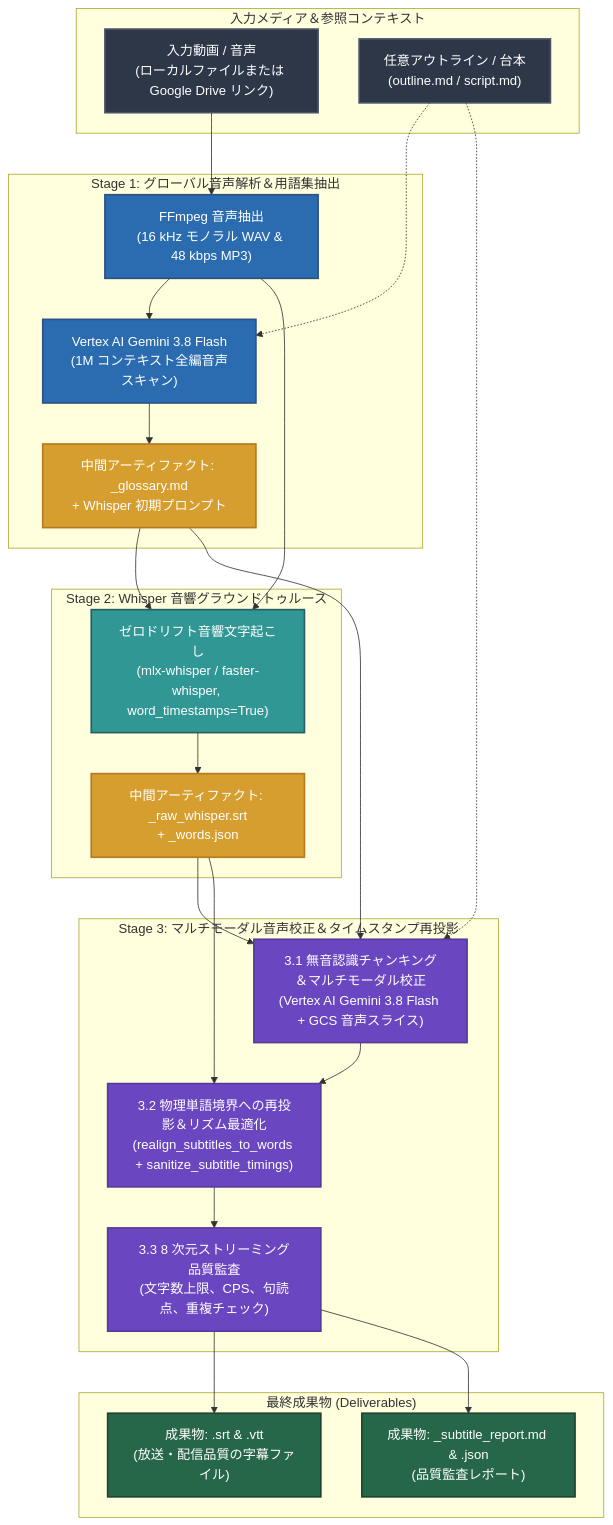
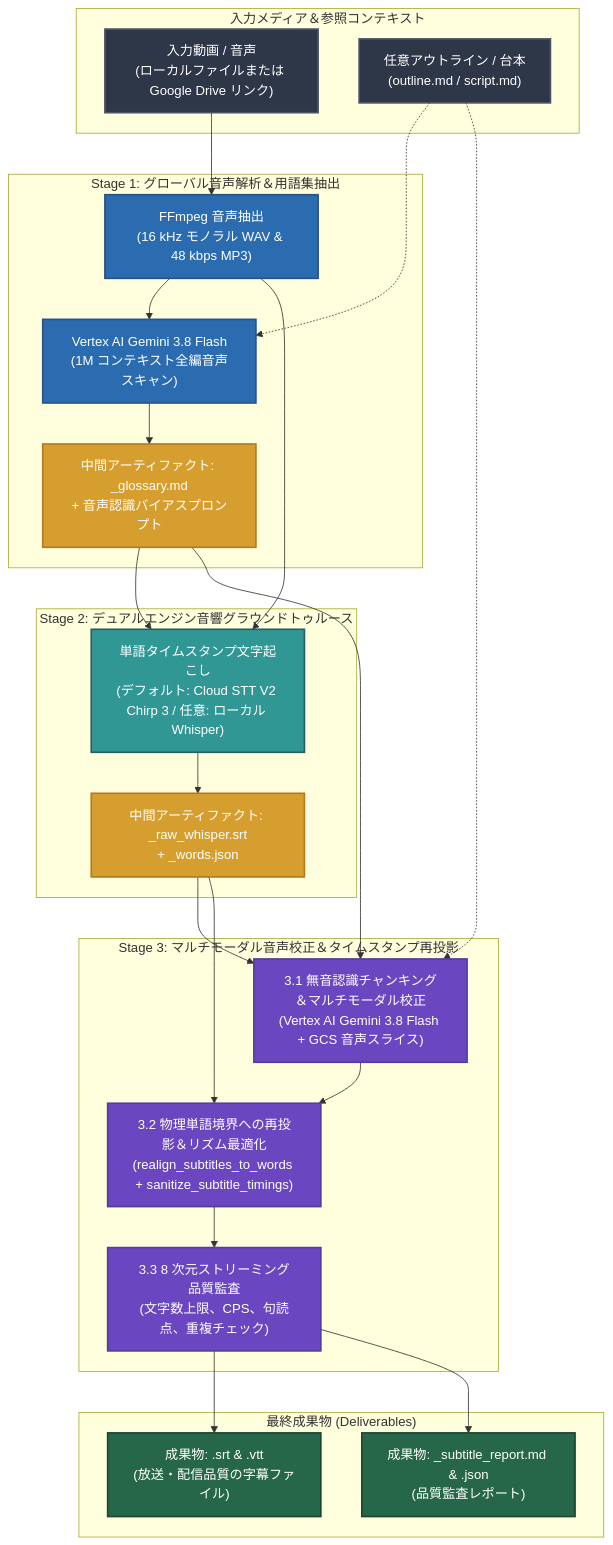
One commit to sylphlin/subtitle-craft changed the diagram in README.ja.md. Above: the diagram before and after it, drawn with Mermaid. The commit also changed other lines of this file and 17 other files, not shown here.

First line of the commit message:
feat(asr): adopt Cloud STT V2 Chirp 3 as default Stage 2 engine with optional Whisper

````diff
--- a/README.ja.md
+++ b/README.ja.md
@@ -46,52 +49,52 @@
 ```mermaid
 flowchart TD
     classDef inputStyle fill:#2D3748,stroke:#4A5568,stroke-width:2px,color:#fff;
     classDef stage1Style fill:#2B6CB0,stroke:#2C5282,stroke-width:2px,color:#fff;
     classDef stage2Style fill:#319795,stroke:#285E61,stroke-width:2px,color:#fff;
     classDef stage3Style fill:#6B46C1,stroke:#553C9A,stroke-width:2px,color:#fff;
     classDef artifactStyle fill:#D69E2E,stroke:#B7791F,stroke-width:2px,color:#fff;
     classDef outputStyle fill:#276749,stroke:#1C4532,stroke-width:2px,color:#fff;
 
     subgraph Inputs["入力メディア＆参照コンテキスト"]
         IN["入力動画 / 音声<br/>(ローカルファイルまたは Google Drive リンク)"]:::inputStyle
         REF["任意アウトライン / 台本<br/>(outline.md / script.md)"]:::inputStyle
     end
 
     subgraph Stage1["Stage 1: グローバル音声解析＆用語集抽出"]
         S0["FFmpeg 音声抽出<br/>(16 kHz モノラル WAV & 48 kbps MP3)"]:::stage1Style
         S1["Vertex AI Gemini 3.8 Flash<br/>(1M コンテキスト全編音声スキャン)"]:::stage1Style
-        GL["中間アーティファクト: <basename>_glossary.md<br/>+ Whisper 初期プロンプト"]:::artifactStyle
+        GL["中間アーティファクト: <basename>_glossary.md<br/>+ 音声認識バイアスプロンプト"]:::artifactStyle
     end
 
-    subgraph Stage2["Stage 2: Whisper 音響グラウンドトゥルース"]
-        S2["ゼロドリフト音響文字起こし<br/>(mlx-whisper / faster-whisper, word_timestamps=True)"]:::stage2Style
+    subgraph Stage2["Stage 2: デュアルエンジン音響グラウンドトゥルース"]
+        S2["単語タイムスタンプ文字起こし<br/>(デフォルト: Cloud STT V2 Chirp 3 / 任意: ローカル Whisper)"]:::stage2Style
         WD["中間アーティファクト: <basename>_raw_whisper.srt<br/>+ <basename>_words.json"]:::artifactStyle
     end
 
     subgraph Stage3["Stage 3: マルチモーダル音声校正＆タイムスタンプ再投影"]
         S3_1["3.1 無音認識チャンキング＆マルチモーダル校正<br/>(Vertex AI Gemini 3.8 Flash + GCS 音声スライス)"]:::stage3Style
         S3_2["3.2 物理単語境界への再投影＆リズム最適化<br/>(realign_subtitles_to_words + sanitize_subtitle_timings)"]:::stage3Style
         S3_3["3.3 8 次元ストリーミング品質監査<br/>(文字数上限、CPS、句読点、重複チェック)"]:::stage3Style
     end
 
     subgraph Deliverables["最終成果物 (Deliverables)"]
         OUT_SUB["成果物: <basename>.srt & <basename>.vtt<br/>(放送・配信品質の字幕ファイル)"]:::outputStyle
         OUT_REP["成果物: <basename>_subtitle_report.md & .json<br/>(品質監査レポート)"]:::outputStyle
     end
 
     IN --> S0
     S0 --> S1
     REF -.-> S1
     S1 --> GL
     S0 --> S2
     GL --> S2
     S2 --> WD
     WD --> S3_1
     GL --> S3_1
     REF -.-> S3_1
     S3_1 --> S3_2
     WD --> S3_2
     S3_2 --> S3_3
     S3_3 --> OUT_SUB
     S3_3 --> OUT_REP
 ```
````
